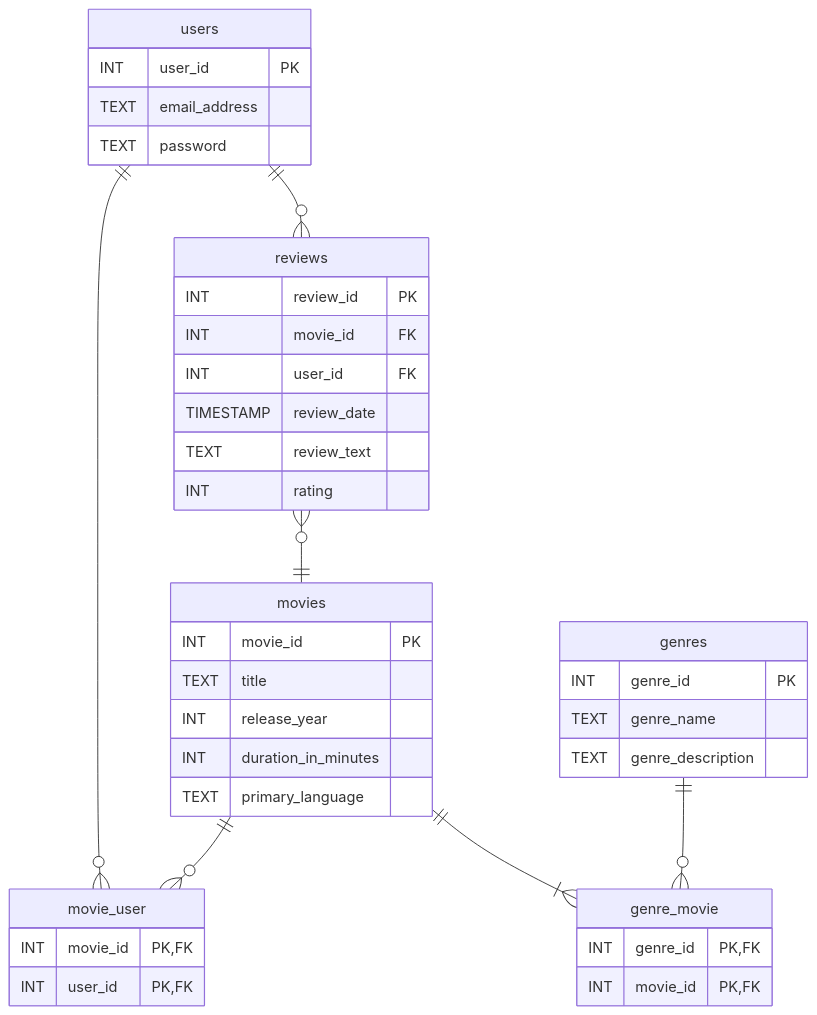
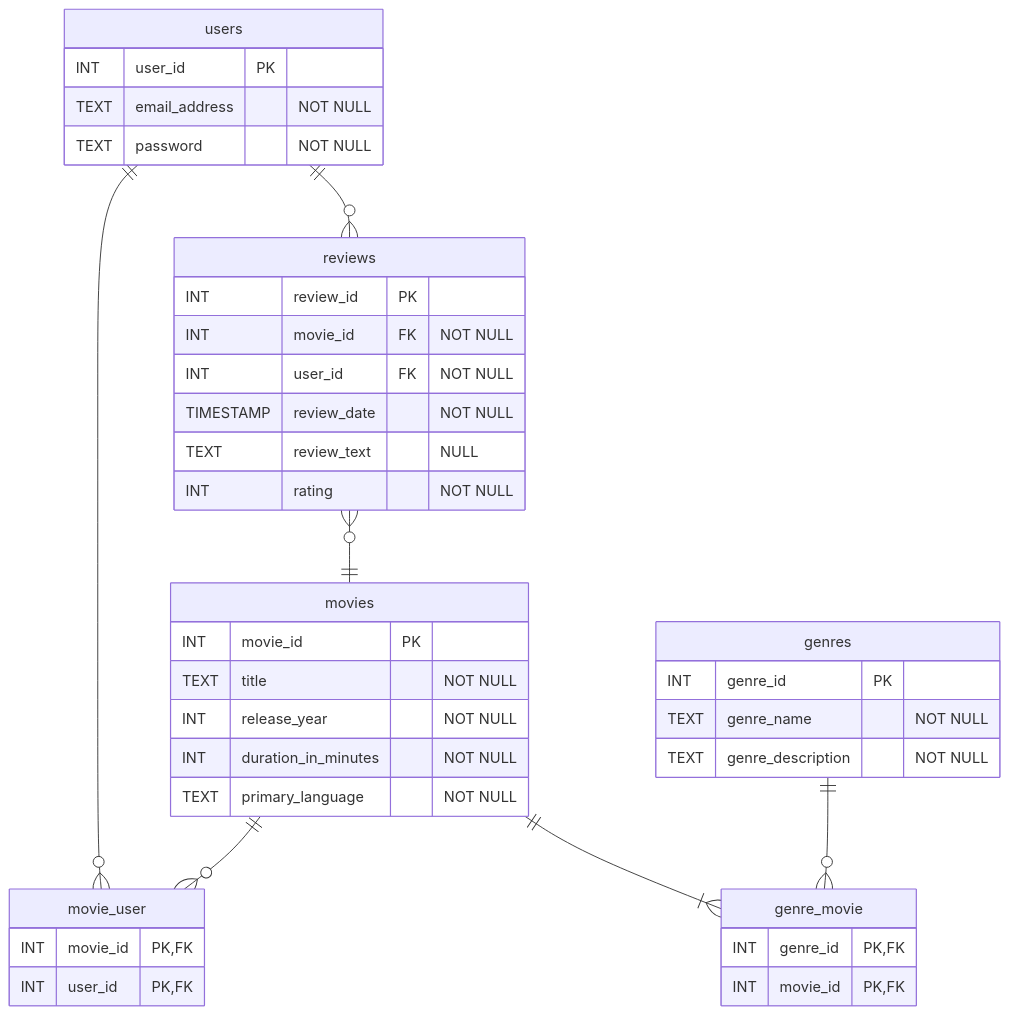
Before and after one commit to mmantle-hud/githubpages: the first of 2 diagrams in module_4_database_design/4.2_database_design_techniques/4.2.4_revisiting_my_movie_diary.md, drawn with Mermaid. The commit also changed other lines of this file and 6 other files, not shown here.

````diff
--- a/module_4_database_design/4.2_database_design_techniques/4.2.4_revisiting_my_movie_diary.md
+++ b/module_4_database_design/4.2_database_design_techniques/4.2.4_revisiting_my_movie_diary.md
@@ -9,42 +11,44 @@
 ```mermaid
 erDiagram
+    accTitle: Logical model for the My Movie Diary database.
+    accDescr: Logical model showing User, Review, Movie and Genre entities.
     users ||--o{ reviews : ""
     users ||--o{ movie_user : ""
     movies ||--o{ movie_user : ""
-   reviews }o--|| movies : ""
+    reviews }o--|| movies : ""
     movies ||--|{ genre_movie : ""
     genres ||--o{ genre_movie : ""
     users {
         INT user_id PK
-        TEXT email_address
-        TEXT password
+        TEXT email_address "NOT NULL"
+        TEXT password  "NOT NULL"
     }
     movie_user{
         INT movie_id PK, FK
         INT user_id PK, FK
     }
     movies {
         INT movie_id PK
-        TEXT title
-        INT release_year
-        INT duration_in_minutes
-        TEXT primary_language
+        TEXT title "NOT NULL"
+        INT release_year "NOT NULL"
+        INT duration_in_minutes "NOT NULL"
+        TEXT primary_language "NOT NULL"
     }
     reviews {
         INT review_id PK
-        INT movie_id FK
-        INT user_id FK
-        TIMESTAMP review_date
-        TEXT review_text
-        INT rating
+        INT movie_id FK "NOT NULL"
+        INT user_id FK "NOT NULL"
+        TIMESTAMP review_date "NOT NULL"
+        TEXT review_text "NULL"
+        INT rating "NOT NULL"
     }
     genre_movie{
         INT genre_id PK, FK
         INT movie_id PK, FK
     }
     genres{
         INT genre_id PK
-        TEXT genre_name
-        TEXT genre_description
+        TEXT genre_name  "NOT NULL"
+        TEXT genre_description  "NOT NULL"
     }
 ```
````
